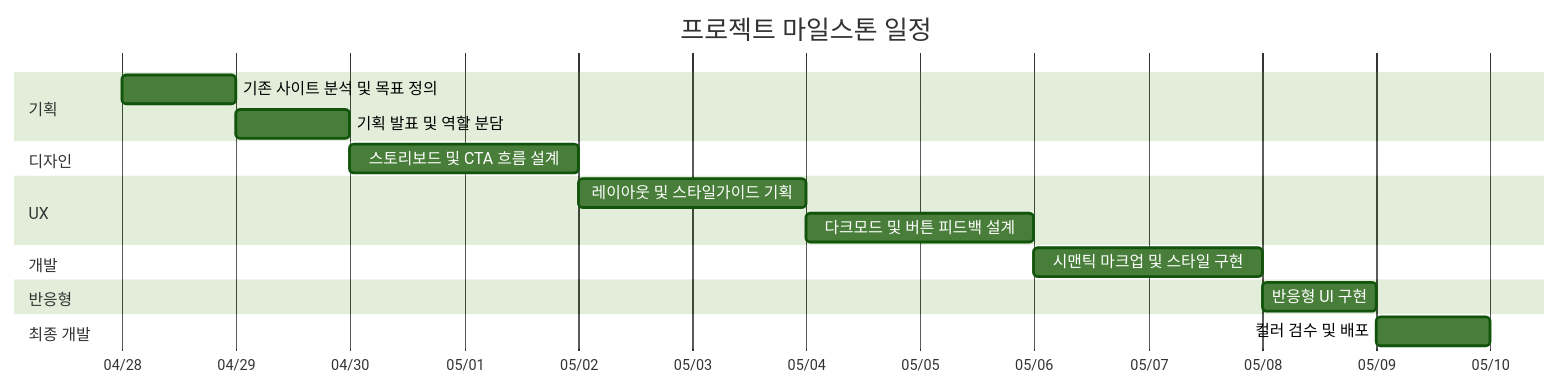
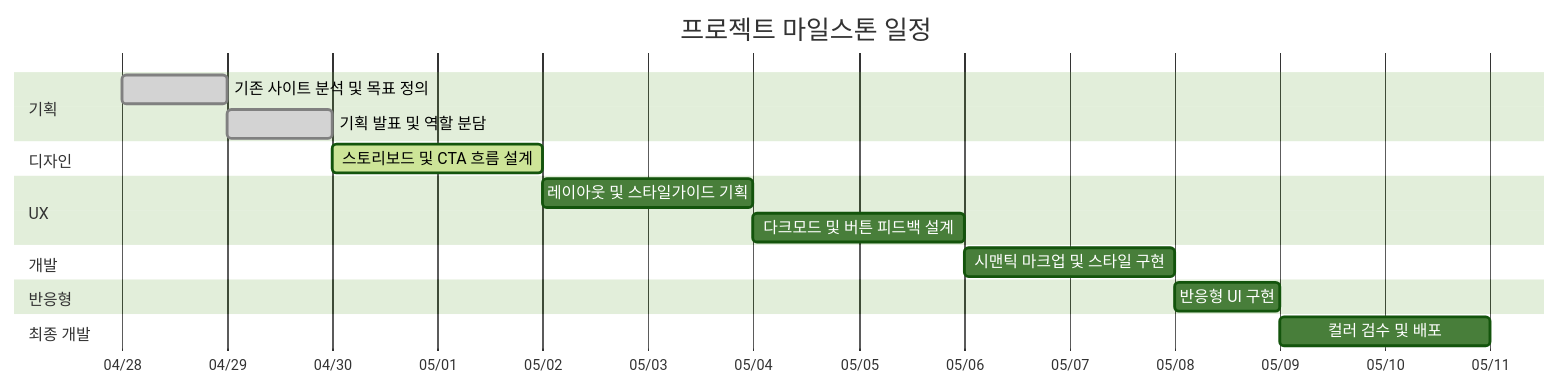
The diagram in README.md (JoYoungBin00/acme_202604), drawn with Mermaid (forest theme) before and after one commit.

Commit message:
feat:  readme 수정

````diff
--- a/README.md
+++ b/README.md
@@ -73,26 +73,26 @@
 ```mermaid
 gantt
     title 프로젝트 마일스톤 일정
     dateFormat YYYY-MM-DD
     axisFormat %m/%d
 
     section 기획
-    기존 사이트 분석 및 목표 정의 :a1, 2026-04-28, 1d
-    기획 발표 및 역할 분담 :a2, 2026-04-29, 1d
+    기존 사이트 분석 및 목표 정의 :done, a1, 2026-04-28, 1d
+    기획 발표 및 역할 분담 :done, a2, 2026-04-29, 1d
 
     section 디자인
-    스토리보드 및 CTA 흐름 설계 :b1, 2026-04-30, 2d
+    스토리보드 및 CTA 흐름 설계 :active, b1, 2026-04-30, 2d
 
     section UX
     레이아웃 및 스타일가이드 기획 :c1, 2026-05-02, 2d
     다크모드 및 버튼 피드백 설계 :c2, 2026-05-04, 2d
 
     section 개발
     시맨틱 마크업 및 스타일 구현 :d1, 2026-05-06, 2d
 
     section 반응형
     반응형 UI 구현 :e1, 2026-05-08, 1d
 
     section 최종 개발
-    컬러 검수 및 배포 :f1, 2026-05-09, 1d
+    컬러 검수 및 배포 :f1, 2026-05-09, 2d
 ```
````
